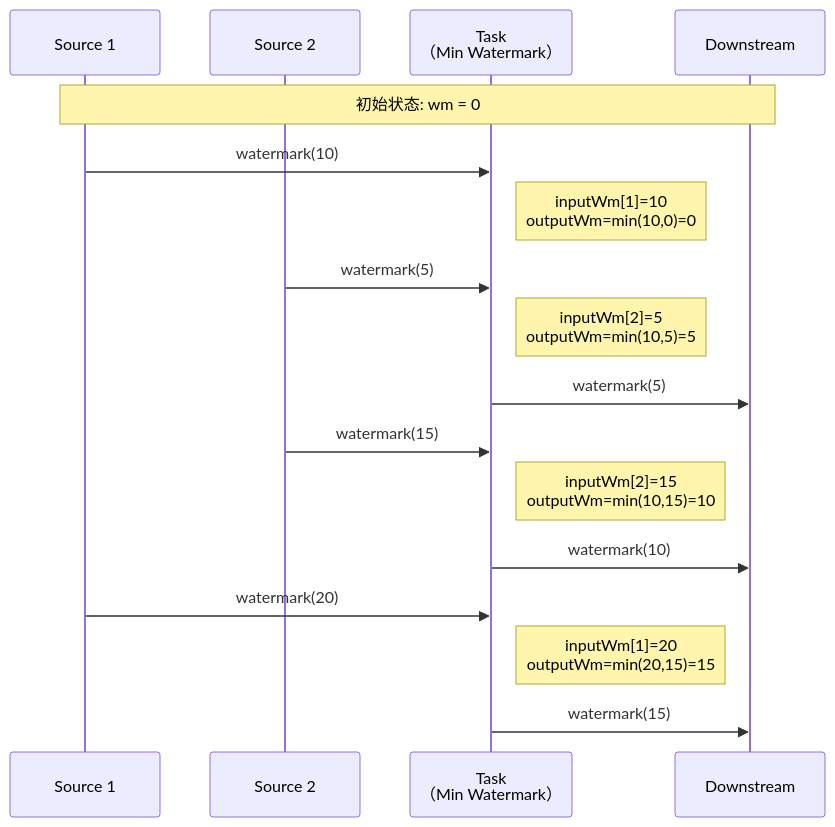
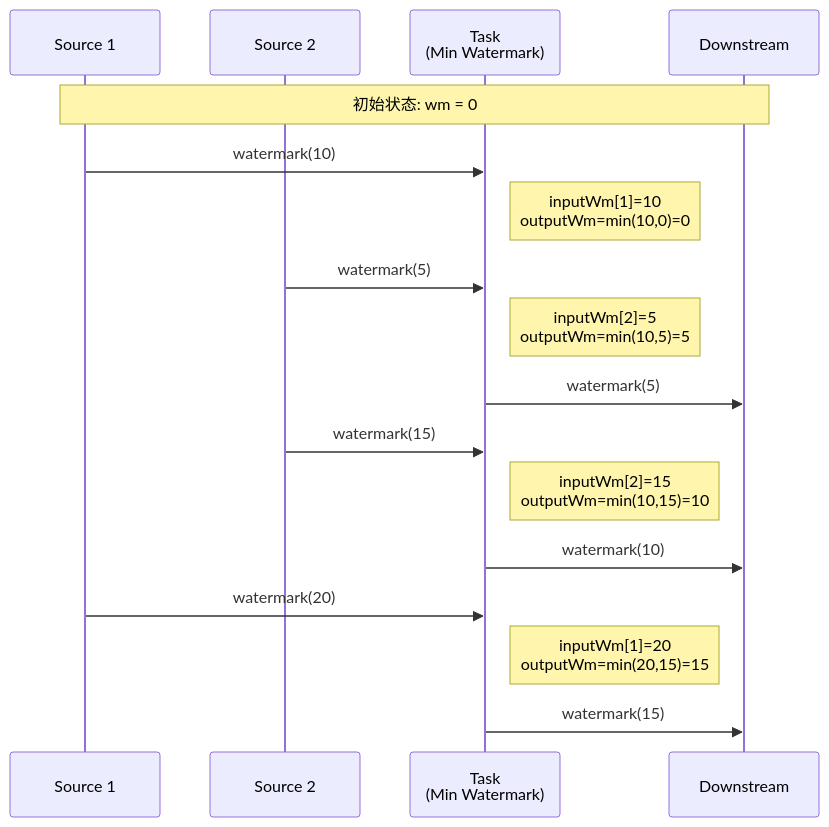
Before and after one commit to AdaMartin18010/AnalysisDataFlow: the fifth of 6 diagrams in Struct/07-tools/tla-for-flink.md, drawn with Mermaid. The commit also changed other lines of this file and 634 other files, not shown here.

````diff
--- a/Struct/07-tools/tla-for-flink.md
+++ b/Struct/07-tools/tla-for-flink.md
@@ -1606,24 +1607,24 @@
 ```mermaid
 sequenceDiagram
     participant S1 as Source 1
     participant S2 as Source 2
-    participant T as Task<br/>（Min Watermark）
+    participant T as Task<br/>(Min Watermark)
     participant Down as Downstream
 
     Note over S1,Down: 初始状态: wm = 0
 
     S1->>T: watermark(10)
     Note right of T: inputWm[1]=10<br/>outputWm=min(10,0)=0
 
     S2->>T: watermark(5)
     Note right of T: inputWm[2]=5<br/>outputWm=min(10,5)=5
     T->>Down: watermark(5)
 
     S2->>T: watermark(15)
     Note right of T: inputWm[2]=15<br/>outputWm=min(10,15)=10
     T->>Down: watermark(10)
 
     S1->>T: watermark(20)
     Note right of T: inputWm[1]=20<br/>outputWm=min(20,15)=15
     T->>Down: watermark(15)
 ```
````
